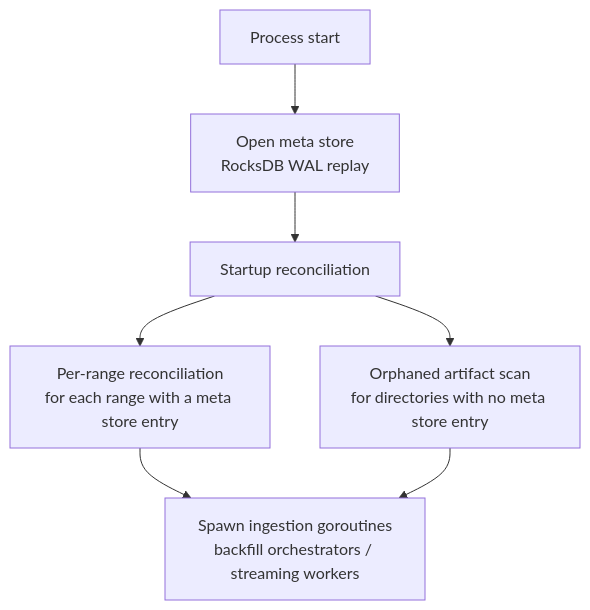
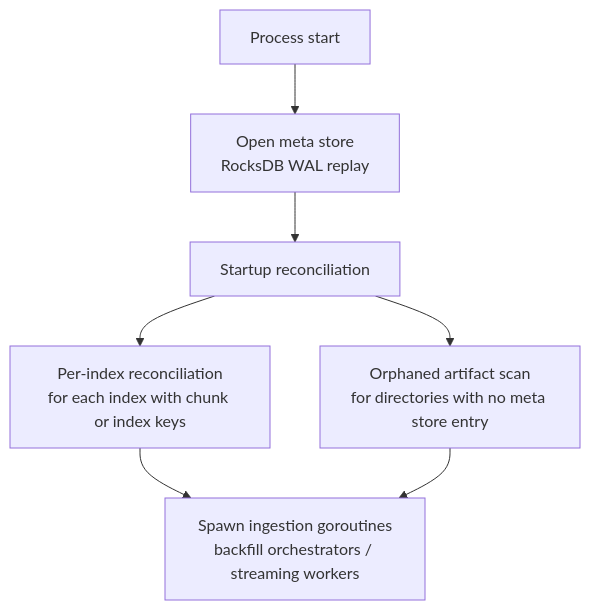
Before and after one commit to stellar/stellar-rpc: the first of 2 diagrams in full-history/design-docs/07-crash-recovery.md, drawn with Mermaid. The commit also changed other lines of this file, not shown here.

Commit message:
docs: crash recovery — align with new key schema, remove range state refs

````diff
--- a/full-history/design-docs/07-crash-recovery.md
+++ b/full-history/design-docs/07-crash-recovery.md
@@ -72,9 +71,9 @@
 ```mermaid
 flowchart TD
     A[Process start] --> B[Open meta store\nRocksDB WAL replay]
     B --> C[Startup reconciliation]
-    C --> C1[Per-range reconciliation\nfor each range with a meta store entry]
+    C --> C1[Per-index reconciliation\nfor each index with chunk or index keys]
     C --> C2[Orphaned artifact scan\nfor directories with no meta store entry]
     C1 --> D[Spawn ingestion goroutines\nbackfill orchestrators / streaming workers]
     C2 --> D
 ```
````
